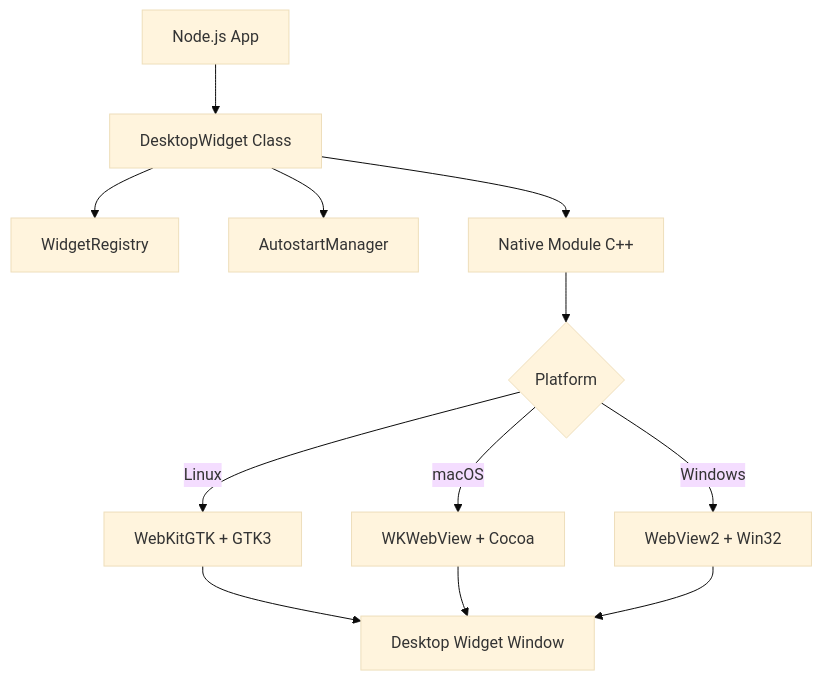
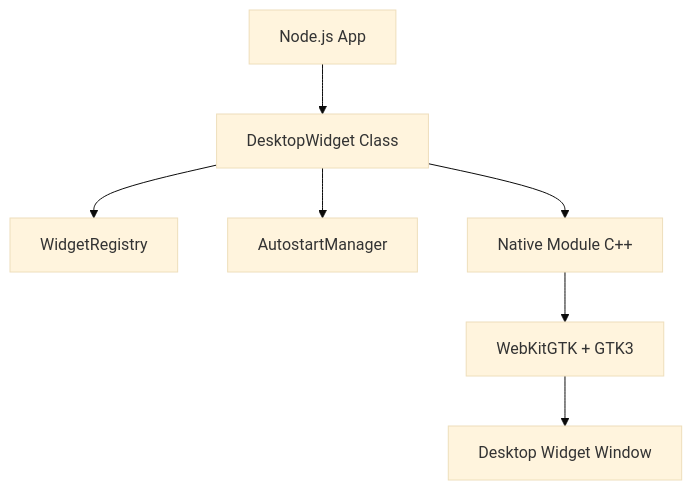
One commit to osmn-byhn/widget-core-linux changed the diagram in README.md. Above: the diagram before and after it, drawn with Mermaid (base theme). The commit also changed other lines of this file and 33 other files, not shown here.

Commit message:
refactor: restrict library to Linux-only and remove cross-platform autostart support

````diff
--- a/README.md
+++ b/README.md
@@ -11,14 +11,9 @@
 ```mermaid
 graph TD
     A[Node.js App] --> B[DesktopWidget Class]
     B --> C[WidgetRegistry]
     B --> D[AutostartManager]
     B --> E[Native Module C++]
-    E --> F{Platform}
-    F -->|Linux| G[WebKitGTK + GTK3]
-    F -->|macOS| H[WKWebView + Cocoa]
-    F -->|Windows| I[WebView2 + Win32]
+    E --> G[WebKitGTK + GTK3]
     G --> J[Desktop Widget Window]
-    H --> J
-    I --> J
 ```
````
